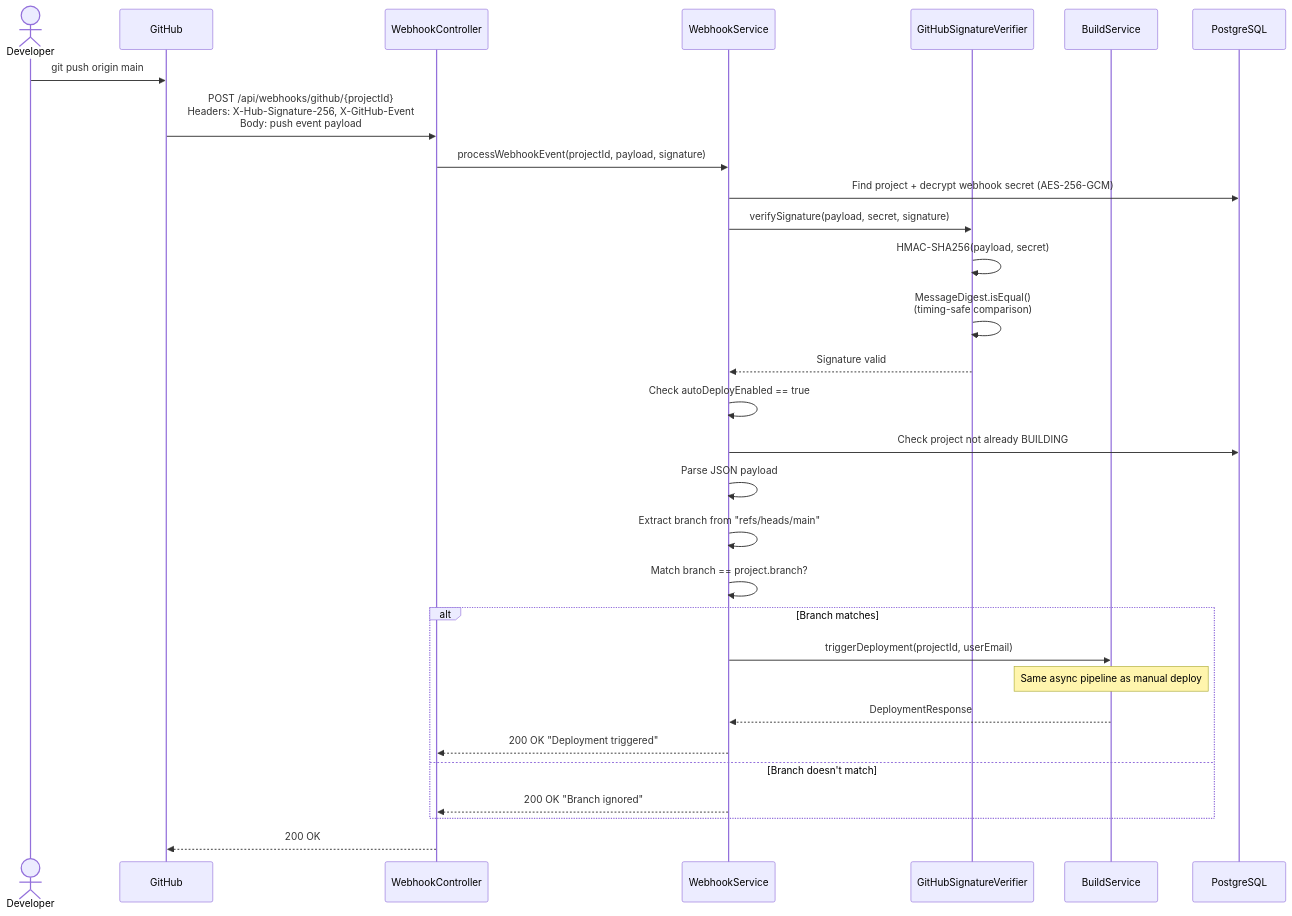
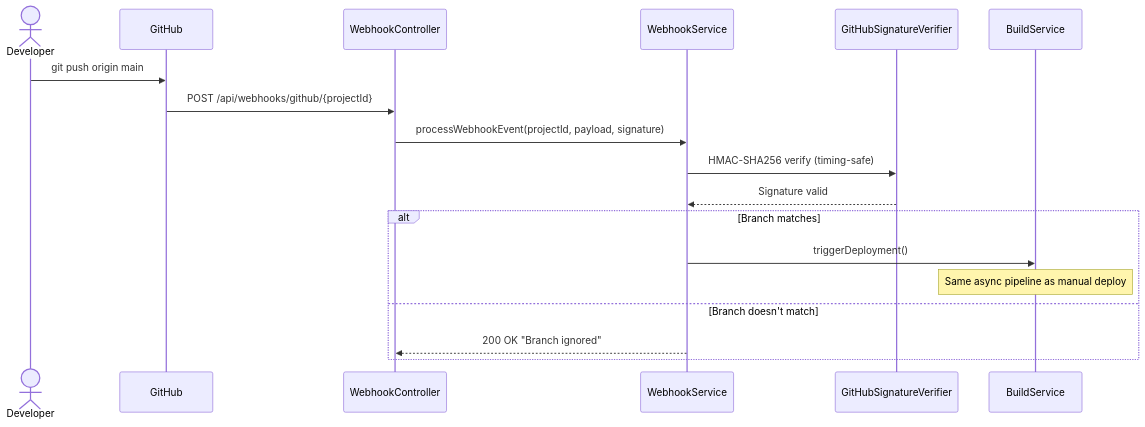
The fourth of 4 diagrams in README.md (Manish0085/Git-To-Go), drawn with Mermaid before and after one commit. The commit also changed other lines of this file and 5 other files, not shown here.

````diff
--- a/README.md
+++ b/README.md
@@ -245,40 +263,22 @@
 ```mermaid
 sequenceDiagram
     actor Developer
     participant GitHub
     participant WebhookController
     participant WebhookService
     participant SignatureVerifier as GitHubSignatureVerifier
     participant BuildService
-    participant DB as PostgreSQL
 
     Developer->>GitHub: git push origin main
-
-    GitHub->>WebhookController: POST /api/webhooks/github/{projectId}<br/>Headers: X-Hub-Signature-256, X-GitHub-Event<br/>Body: push event payload
-
+    GitHub->>WebhookController: POST /api/webhooks/github/{projectId}
     WebhookController->>WebhookService: processWebhookEvent(projectId, payload, signature)
-
-    WebhookService->>DB: Find project + decrypt webhook secret (AES-256-GCM)
-
-    WebhookService->>SignatureVerifier: verifySignature(payload, secret, signature)
-    SignatureVerifier->>SignatureVerifier: HMAC-SHA256(payload, secret)
-    SignatureVerifier->>SignatureVerifier: MessageDigest.isEqual()<br/>(timing-safe comparison)
+    WebhookService->>SignatureVerifier: HMAC-SHA256 verify (timing-safe)
     SignatureVerifier-->>WebhookService: Signature valid
 
-    WebhookService->>WebhookService: Check autoDeployEnabled == true
-    WebhookService->>DB: Check project not already BUILDING
-    WebhookService->>WebhookService: Parse JSON payload
-    WebhookService->>WebhookService: Extract branch from "refs/heads/main"
-    WebhookService->>WebhookService: Match branch == project.branch?
-
     alt Branch matches
-        WebhookService->>BuildService: triggerDeployment(projectId, userEmail)
+        WebhookService->>BuildService: triggerDeployment()
         Note over BuildService: Same async pipeline as manual deploy
-        BuildService-->>WebhookService: DeploymentResponse
-        WebhookService-->>WebhookController: 200 OK "Deployment triggered"
     else Branch doesn't match
         WebhookService-->>WebhookController: 200 OK "Branch ignored"
     end
-
-    WebhookController-->>GitHub: 200 OK
 ```
````
